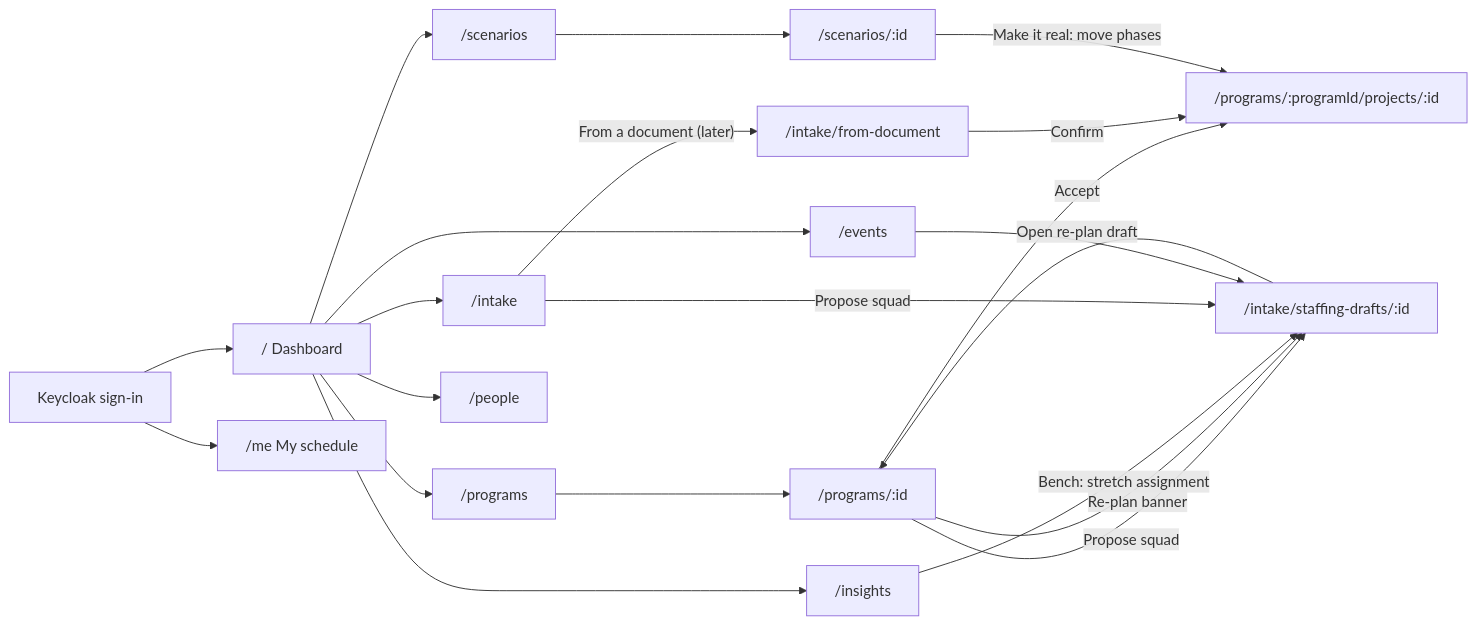
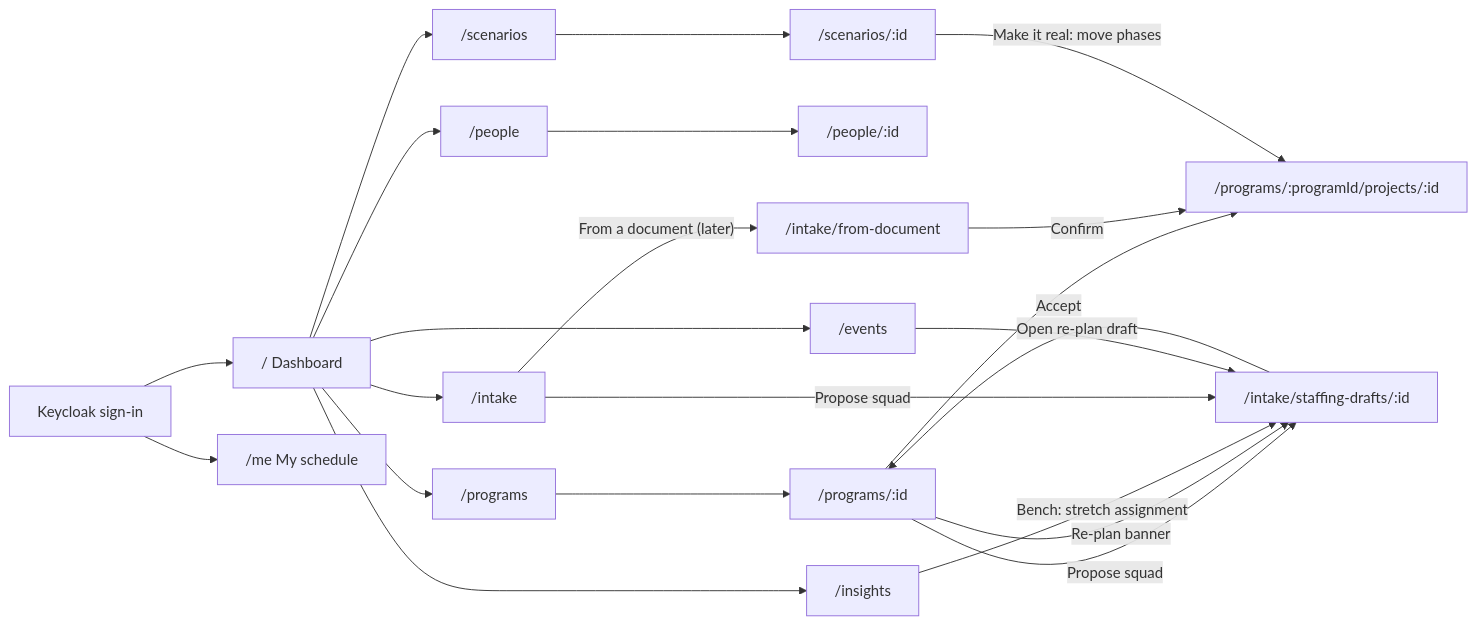
One commit to dophnamm/the-slot-finder changed the first of 2 diagrams in client/README.md. Above: the diagram before and after it, drawn with Mermaid. The commit also changed other lines of this file and 4 other files, not shown here.

First line of the commit message:
docs: calendars and actual hours in the architecture

````diff
--- a/client/README.md
+++ b/client/README.md
@@ -41,23 +42,24 @@
 ```mermaid
 flowchart LR
   signin["Keycloak sign-in"] --> dash["/ Dashboard"]
   signin --> me["/me My schedule"]
   dash --> programs["/programs"]
   programs --> program["/programs/:id"]
   program --> project["/programs/:programId/projects/:id"]
   program -->|"Propose squad"| draft["/intake/staffing-drafts/:id"]
   program -->|"Re-plan banner"| draft
   dash --> intake["/intake"]
   dash --> scenarios["/scenarios"]
   dash --> people["/people"]
+  people --> person["/people/:id"]
   dash --> events["/events"]
   dash --> insights["/insights"]
   insights -->|"Bench: stretch assignment"| draft
   intake -->|"Propose squad"| draft
   intake -->|"From a document (later)"| extract["/intake/from-document"]
   extract -->|"Confirm"| project
   events -->|"Open re-plan draft"| draft
   scenarios --> scenario["/scenarios/:id"]
   scenario -->|"Make it real: move phases"| project
   draft -->|"Accept"| program
 ```
````
